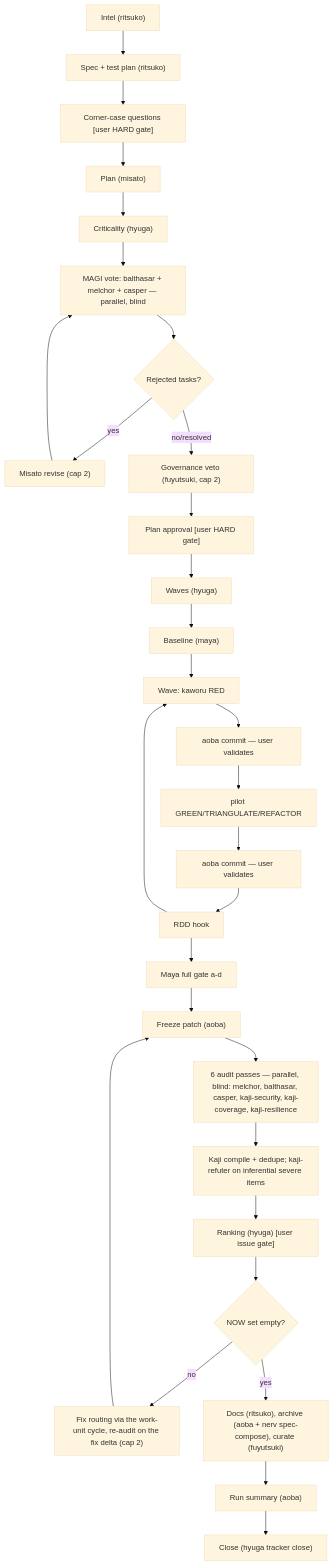
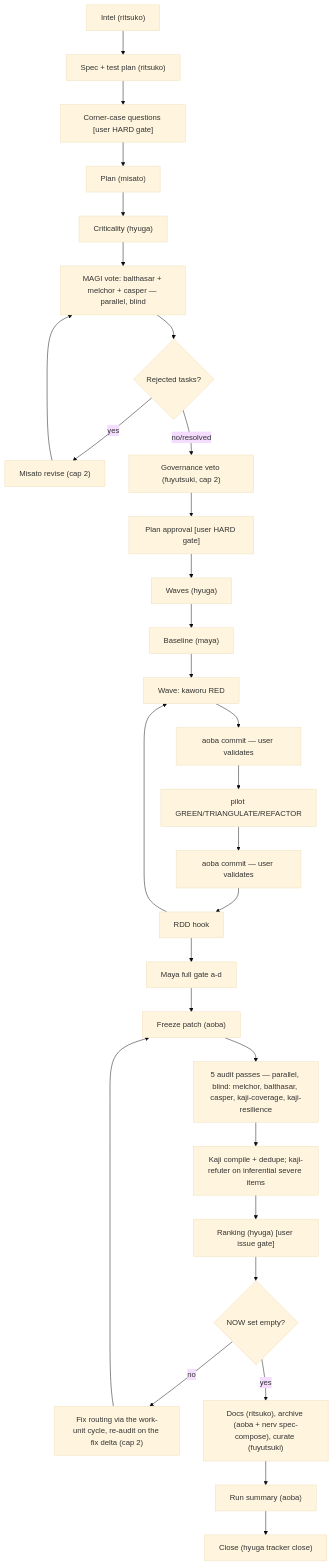
The fifth of 6 diagrams in docs/integration.md (war-apps/nerv-by-gentle-ai), drawn with Mermaid (base theme) before and after one commit. The commit also changed other lines of this file and 16 other files, not shown here.

First line of the commit message:
docs(agents): run a five-pass audit with security in melchor and readability in casper

````diff
--- a/docs/integration.md
+++ b/docs/integration.md
@@ -150,32 +150,32 @@
 ```mermaid
 flowchart TB
     A["Intel (ritsuko)"] --> B["Spec + test plan (ritsuko)"]
     B --> C["Corner-case questions [user HARD gate]"]
     C --> D["Plan (misato)"]
     D --> E["Criticality (hyuga)"]
     E --> F["MAGI vote: balthasar + melchor + casper — parallel, blind"]
     F --> G{"Rejected tasks?"}
     G -- yes --> H["Misato revise (cap 2)"]
     H --> F
     G -- no/resolved --> I["Governance veto (fuyutsuki, cap 2)"]
     I --> J["Plan approval [user HARD gate]"]
     J --> K["Waves (hyuga)"]
     K --> L["Baseline (maya)"]
     L --> M["Wave: kaworu RED"]
     M --> N["aoba commit — user validates"]
     N --> O["pilot GREEN/TRIANGULATE/REFACTOR"]
     O --> P["aoba commit — user validates"]
     P --> Q["RDD hook"]
     Q --> M
     Q --> R["Maya full gate a-d"]
     R --> S1["Freeze patch (aoba)"]
-    S1 --> S2["6 audit passes — parallel, blind: melchor, balthasar, casper, kaji-security, kaji-coverage, kaji-resilience"]
+    S1 --> S2["5 audit passes — parallel, blind: melchor, balthasar, casper, kaji-coverage, kaji-resilience"]
     S2 --> S3["Kaji compile + dedupe; kaji-refuter on inferential severe items"]
     S3 --> S4["Ranking (hyuga) [user issue gate]"]
     S4 --> S5{"NOW set empty?"}
     S5 -- no --> S6["Fix routing via the work-unit cycle, re-audit on the fix delta (cap 2)"]
     S6 --> S1
     S5 -- yes --> S7["Docs (ritsuko), archive (aoba + nerv spec-compose), curate (fuyutsuki)"]
     S7 --> T["Run summary (aoba)"]
     T --> U["Close (hyuga tracker close)"]
 ```
````
